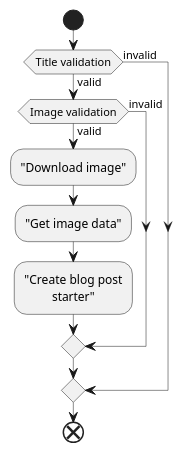
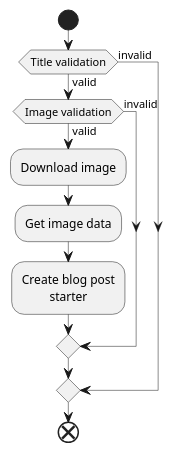
One commit to aaronuurman/blog changed the diagram in src/posts/creating-cli-tool-in-python-part-2/index.mdx. Above: the diagram before and after it, drawn with PlantUML. The commit also changed 26 other files, not shown here.

````diff
--- a/src/posts/creating-cli-tool-in-python-part-2/index.mdx
+++ b/src/posts/creating-cli-tool-in-python-part-2/index.mdx
@@ -30,30 +30,30 @@
 ```plantuml
 @startuml
 
 skinparam DefaultTextAlignment center
 skinparam WrapWidth 120
 skinparam Shadowing false
 skinparam BackgroundColor White
 skinparam RectangleBorderThickness 0.5
 skinparam ActivityBorderThickness 0.5
 skinparam ActivityArrowFontSize 11
 skinparam AgentBorderThickness 0.5
 skinparam ArrowThickness 0.5
 skinparam ArrowFontStyle Plain
 skinparam NoteBorderThickness 0.5
 skinparam ClassBorderThickness 0.5
 
 start
 if (Title validation) then (valid)
 	if (Image validation) then (valid)
-		:"Download image";
-		:"Get image data";
-		:"Create blog post starter";
+		:Download image;
+		:Get image data;
+		:Create blog post starter;
 	else (invalid)
 	endif
 else (invalid)
 endif
 end
 
 @enduml
 ```
````
